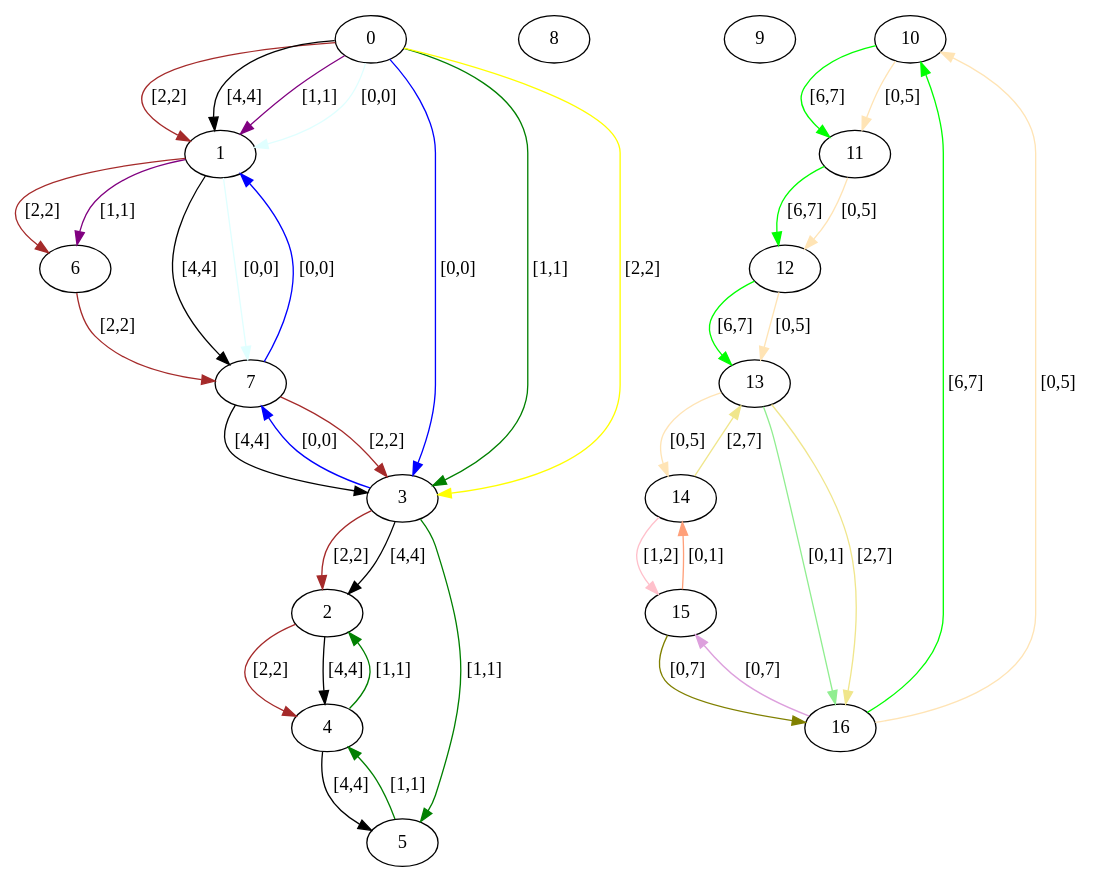
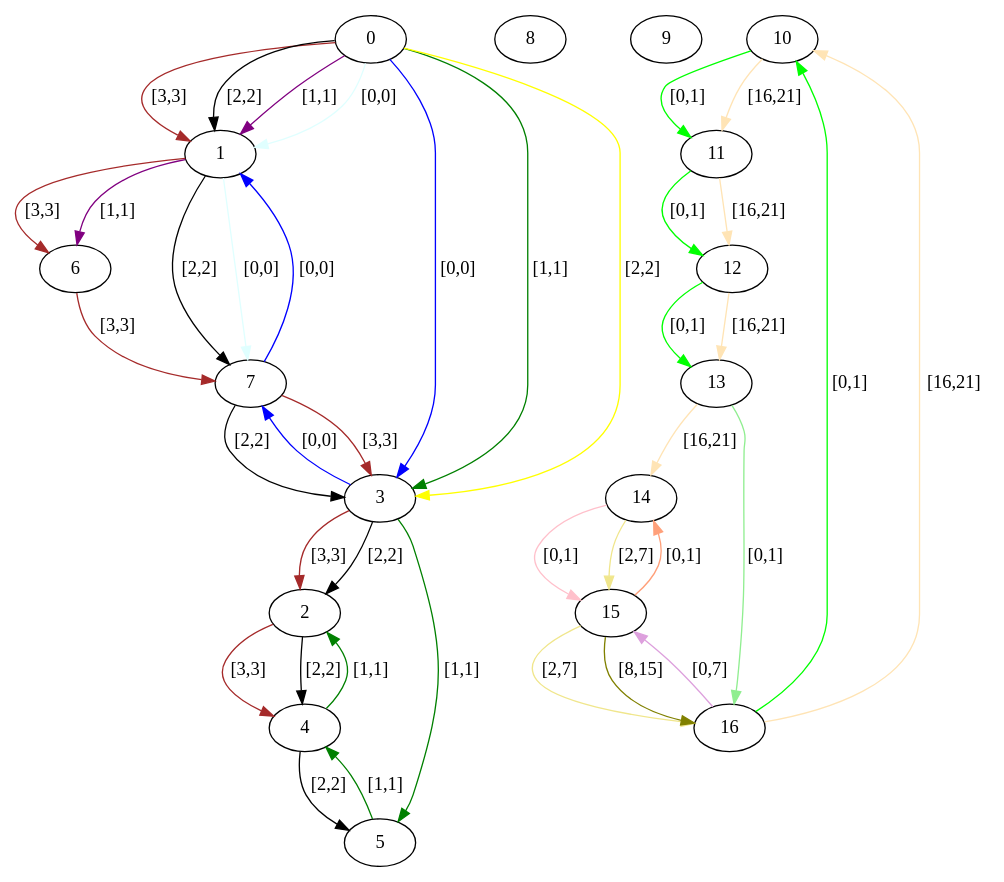
One commit to Hebbe1234/ExpectAll changed the diagram in src/assignedGraphs/assigned.dot. Above: the diagram before and after it, drawn with Graphviz. The commit also changed 3 other files, not shown here.

```diff
--- a/src/assignedGraphs/assigned.dot
+++ b/src/assignedGraphs/assigned.dot
@@ -1,59 +1,59 @@
 digraph  {
 0 [label=0];
 1 [label=1];
 2 [label=2];
 3 [label=3];
 4 [label=4];
 5 [label=5];
 6 [label=6];
 7 [label=7];
 8 [label=8];
 9 [label=9];
 10 [label=10];
 11 [label=11];
 12 [label=12];
 13 [label=13];
 14 [label=14];
 15 [label=15];
 16 [label=16];
 0 -> 3  [color=blue, key=0, label="[0,0]"];
 0 -> 3  [color=green, key=1, label="[1,1]"];
 0 -> 3  [color=yellow, key=2, label="[2,2]"];
-0 -> 1  [color=brown, key=0, label="[2,2]"];
-0 -> 1  [color=black, key=1, label="[4,4]"];
+0 -> 1  [color=brown, key=0, label="[3,3]"];
+0 -> 1  [color=black, key=1, label="[2,2]"];
 0 -> 1  [color=purple, key=2, label="[1,1]"];
 0 -> 1  [color=lightcyan, key=3, label="[0,0]"];
-1 -> 6  [color=brown, key=0, label="[2,2]"];
+1 -> 6  [color=brown, key=0, label="[3,3]"];
 1 -> 6  [color=purple, key=1, label="[1,1]"];
-1 -> 7  [color=black, key=0, label="[4,4]"];
+1 -> 7  [color=black, key=0, label="[2,2]"];
 1 -> 7  [color=lightcyan, key=1, label="[0,0]"];
-2 -> 4  [color=brown, key=0, label="[2,2]"];
-2 -> 4  [color=black, key=1, label="[4,4]"];
+2 -> 4  [color=brown, key=0, label="[3,3]"];
+2 -> 4  [color=black, key=1, label="[2,2]"];
 3 -> 7  [color=blue, key=0, label="[0,0]"];
 3 -> 5  [color=green, key=0, label="[1,1]"];
-3 -> 2  [color=brown, key=0, label="[2,2]"];
-3 -> 2  [color=black, key=1, label="[4,4]"];
+3 -> 2  [color=brown, key=0, label="[3,3]"];
+3 -> 2  [color=black, key=1, label="[2,2]"];
 4 -> 2  [color=green, key=0, label="[1,1]"];
-4 -> 5  [color=black, key=0, label="[4,4]"];
+4 -> 5  [color=black, key=0, label="[2,2]"];
 5 -> 4  [color=green, key=0, label="[1,1]"];
-6 -> 7  [color=brown, key=0, label="[2,2]"];
+6 -> 7  [color=brown, key=0, label="[3,3]"];
 7 -> 1  [color=blue, key=0, label="[0,0]"];
-7 -> 3  [color=brown, key=0, label="[2,2]"];
-7 -> 3  [color=black, key=1, label="[4,4]"];
-10 -> 11  [color=lime, key=0, label="[6,7]"];
-10 -> 11  [color=moccasin, key=1, label="[0,5]"];
-11 -> 12  [color=lime, key=0, label="[6,7]"];
-11 -> 12  [color=moccasin, key=1, label="[0,5]"];
-12 -> 13  [color=lime, key=0, label="[6,7]"];
-12 -> 13  [color=moccasin, key=1, label="[0,5]"];
+7 -> 3  [color=brown, key=0, label="[3,3]"];
+7 -> 3  [color=black, key=1, label="[2,2]"];
+10 -> 11  [color=lime, key=0, label="[0,1]"];
+10 -> 11  [color=moccasin, key=1, label="[16,21]"];
+11 -> 12  [color=lime, key=0, label="[0,1]"];
+11 -> 12  [color=moccasin, key=1, label="[16,21]"];
+12 -> 13  [color=lime, key=0, label="[0,1]"];
+12 -> 13  [color=moccasin, key=1, label="[16,21]"];
 13 -> 16  [color=lightgreen, key=0, label="[0,1]"];
-13 -> 16  [color=khaki, key=1, label="[2,7]"];
-13 -> 14  [color=moccasin, key=0, label="[0,5]"];
-14 -> 15  [color=pink, key=0, label="[1,2]"];
-14 -> 13  [color=khaki, key=0, label="[2,7]"];
+13 -> 14  [color=moccasin, key=0, label="[16,21]"];
+14 -> 15  [color=pink, key=0, label="[0,1]"];
+14 -> 15  [color=khaki, key=1, label="[2,7]"];
 15 -> 14  [color=lightsalmon, key=0, label="[0,1]"];
-15 -> 16  [color=olive, key=0, label="[0,7]"];
-16 -> 10  [color=lime, key=0, label="[6,7]"];
-16 -> 10  [color=moccasin, key=1, label="[0,5]"];
+15 -> 16  [color=khaki, key=0, label="[2,7]"];
+15 -> 16  [color=olive, key=1, label="[8,15]"];
+16 -> 10  [color=lime, key=0, label="[0,1]"];
+16 -> 10  [color=moccasin, key=1, label="[16,21]"];
 16 -> 15  [color=plum, key=0, label="[0,7]"];
 }
```
